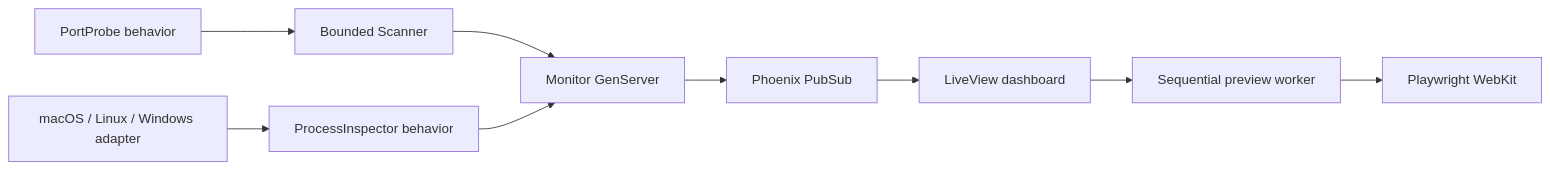
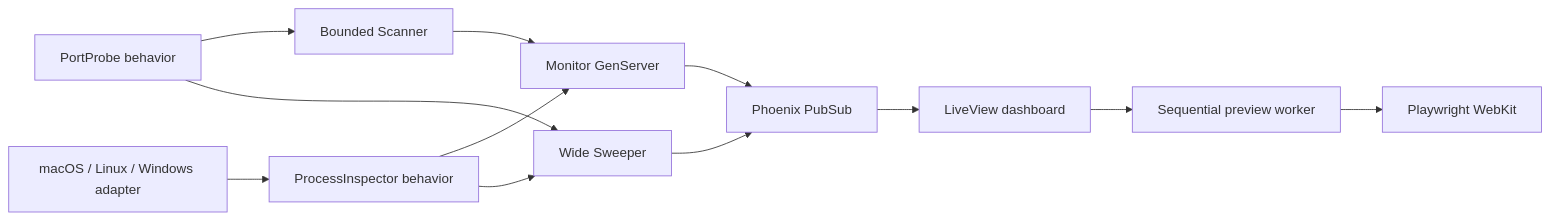
Before and after one commit to sallaumen/LocalWebMonitorex: the diagram in README.md, drawn with Mermaid. The commit also changed other lines of this file and 21 other files, not shown here.

````diff
--- a/README.md
+++ b/README.md
@@ -147,11 +160,14 @@
 ```mermaid
 flowchart LR
   Probe[PortProbe behavior] --> Scanner[Bounded Scanner]
   Scanner --> Monitor[Monitor GenServer]
   OS[macOS / Linux / Windows adapter] --> Inspector[ProcessInspector behavior]
   Inspector --> Monitor
   Monitor --> PubSub[Phoenix PubSub]
+  Probe --> Sweeper[Wide Sweeper]
+  Inspector --> Sweeper
+  Sweeper --> PubSub
   PubSub --> LiveView[LiveView dashboard]
   LiveView --> Previews[Sequential preview worker]
   Previews --> WebKit[Playwright WebKit]
 ```
````
